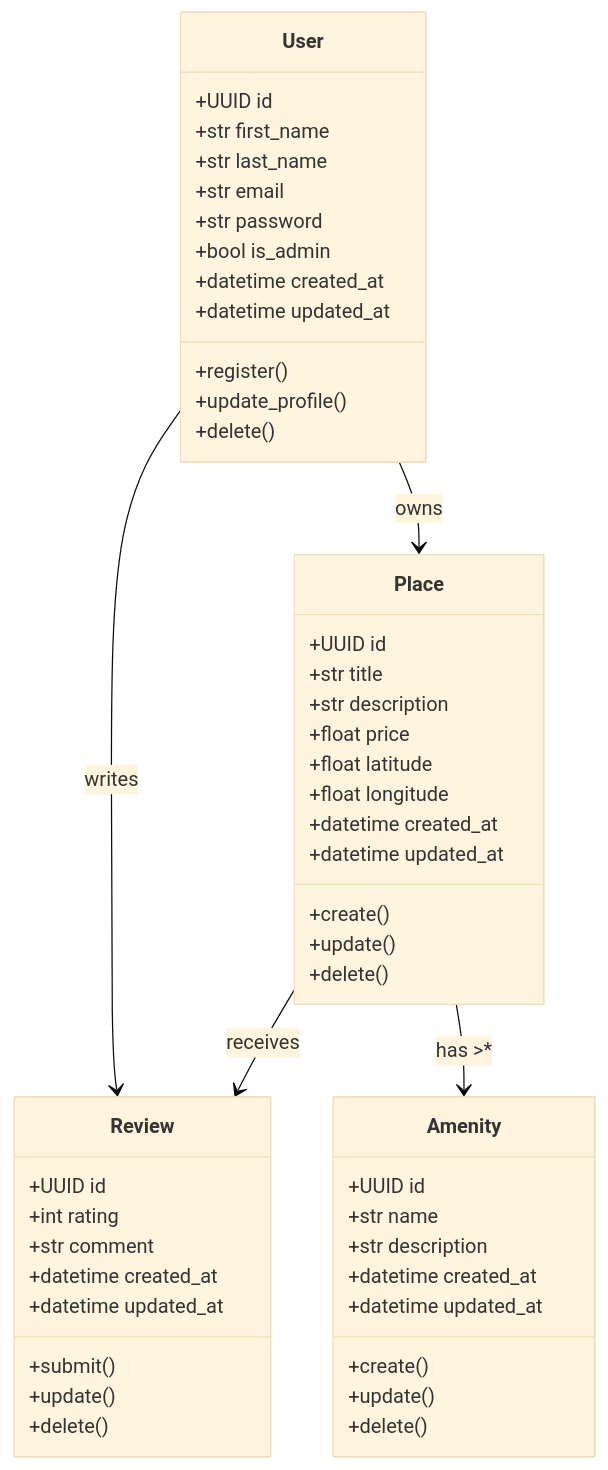
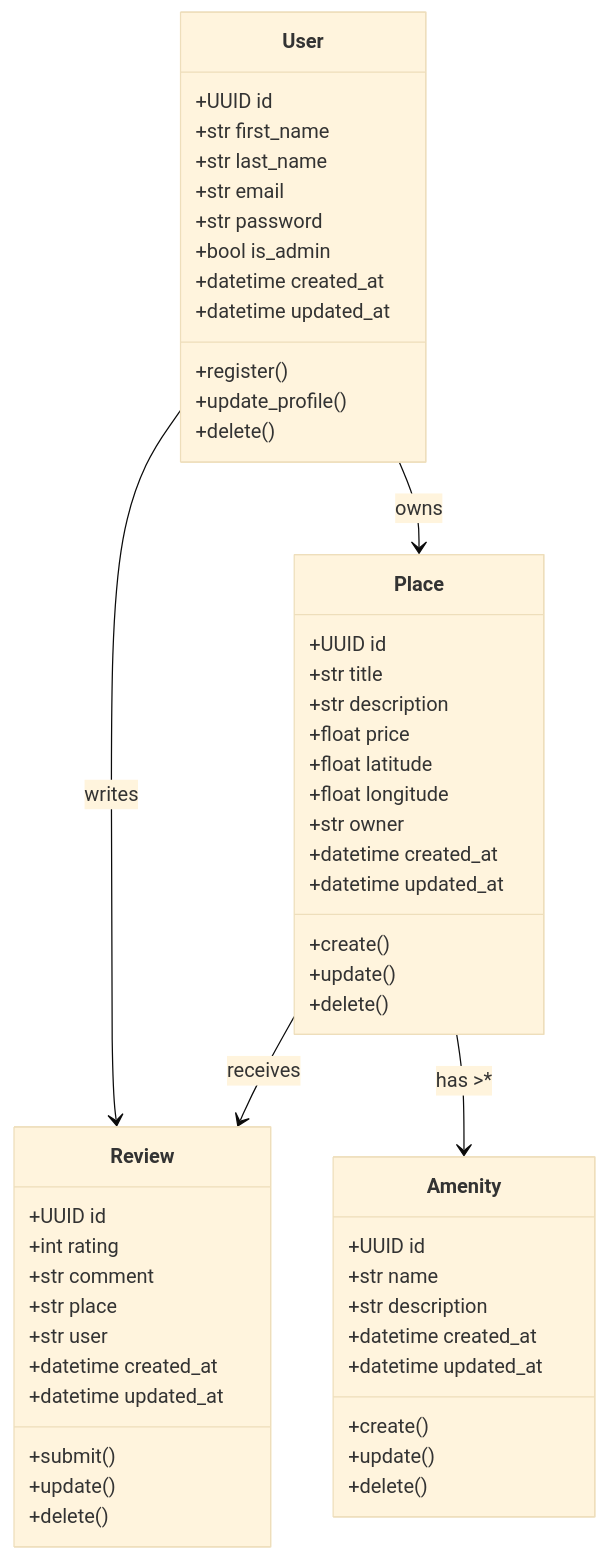
The diagram in part1/1_Class_Diagram.md (Roullito/holbertonschool-hbnb), drawn with Mermaid (base theme) before and after one commit.

````diff
--- a/part1/1_Class_Diagram.md
+++ b/part1/1_Class_Diagram.md
@@ -3,54 +3,57 @@
 ```mermaid
 classDiagram
 class User {
   +UUID id
   +str first_name
   +str last_name
   +str email
   +str password
   +bool is_admin
   +datetime created_at
   +datetime updated_at
   +register()
   +update_profile()
   +delete()
 }
 class Place {
   +UUID id
   +str title
   +str description
   +float price
   +float latitude
   +float longitude
+  +str owner
   +datetime created_at
   +datetime updated_at
   +create()
   +update()
   +delete()
 }
 class Review {
   +UUID id
   +int rating
   +str comment
+  +str place
+  +str user
   +datetime created_at
   +datetime updated_at
   +submit()
   +update()
   +delete()
 }
 class Amenity {
   +UUID id
   +str name
   +str description
   +datetime created_at
   +datetime updated_at
   +create()
   +update()
   +delete()
 }
 User --> Place : owns
 User --> Review : writes
 Place --> Review : receives
 Place --> Amenity : has >*
 
 ```
````
